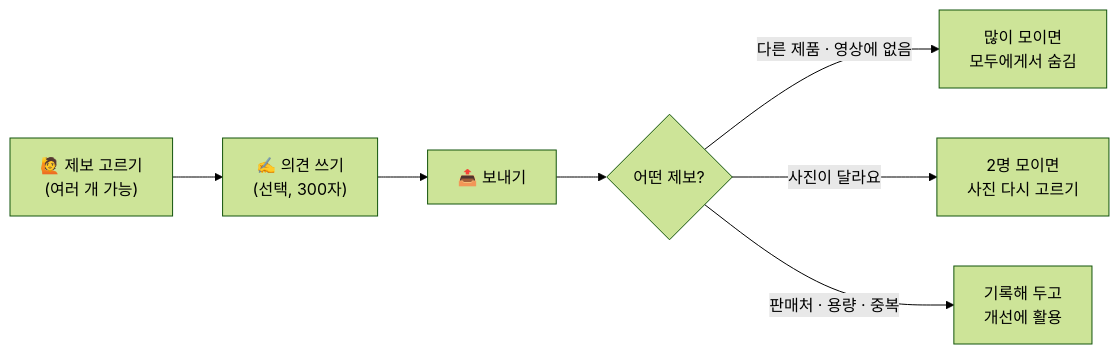
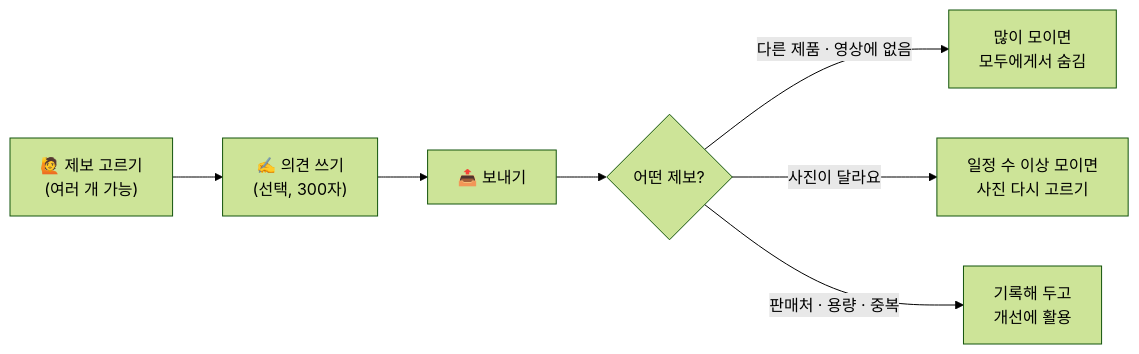
One commit to newbission/linktem changed the first of 4 diagrams in README.md. Above: the diagram before and after it, drawn with Mermaid (forest theme). The commit also changed other lines of this file, not shown here.

````diff
--- a/README.md
+++ b/README.md
@@ -96,8 +96,8 @@
 ```mermaid
 flowchart LR
     A["🙋 제보 고르기<br/>(여러 개 가능)"] --> B["✍️ 의견 쓰기<br/>(선택, 300자)"] --> C["📤 보내기"]
     C --> D{"어떤 제보?"}
     D -->|"다른 제품 · 영상에 없음"| E["많이 모이면<br/>모두에게서 숨김"]
-    D -->|"사진이 달라요"| F["2명 모이면<br/>사진 다시 고르기"]
+    D -->|"사진이 달라요"| F["일정 수 이상 모이면<br/>사진 다시 고르기"]
     D -->|"판매처 · 용량 · 중복"| G["기록해 두고<br/>개선에 활용"]
 ```
````
